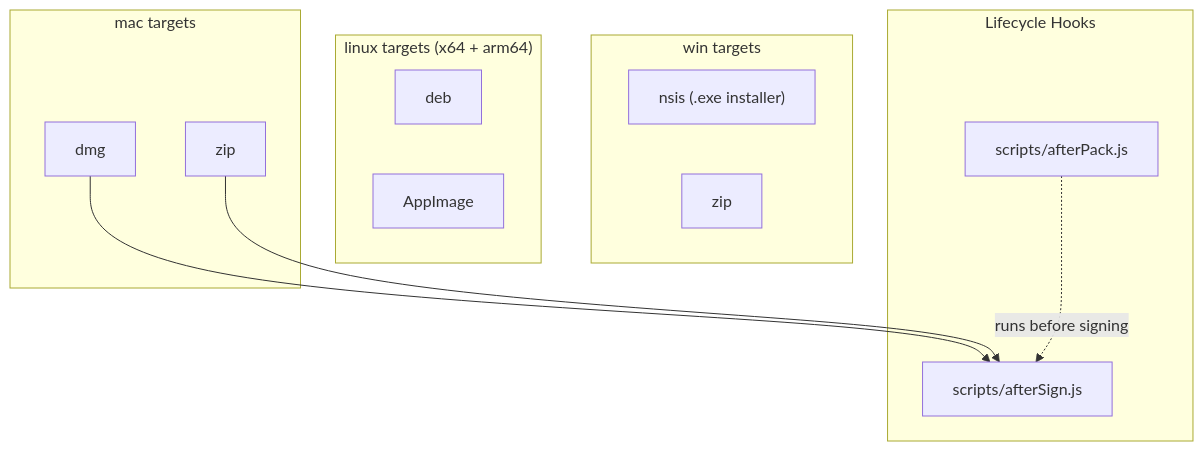
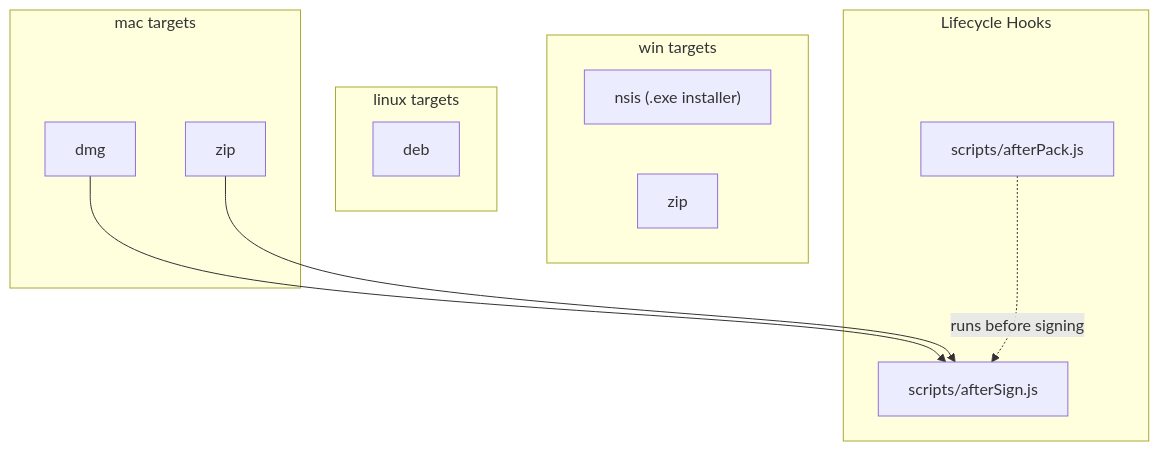
One commit to blackcater/zentree changed the third of 5 diagrams in docs/iOfficeAI_AionUi/build-and-deployment/two-phase-build-process.md. Above: the diagram before and after it, drawn with Mermaid. The commit also changed other lines of this file and 232 other files, not shown here.

````diff
--- a/docs/iOfficeAI_AionUi/build-and-deployment/two-phase-build-process.md
+++ b/docs/iOfficeAI_AionUi/build-and-deployment/two-phase-build-process.md
@@ -168,22 +182,21 @@
 ```mermaid
 graph TB
     subgraph "mac targets"
         MacDMG["dmg"]
         MacZIP["zip"]
     end
     subgraph "win targets"
         WinNSIS["nsis (.exe installer)"]
         WinZIP["zip"]
     end
-    subgraph "linux targets (x64 + arm64)"
+    subgraph "linux targets"
         LinuxDEB["deb"]
-        LinuxAppImage["AppImage"]
     end
     subgraph "Lifecycle Hooks"
         afterPack["scripts/afterPack.js"]
         afterSign["scripts/afterSign.js"]
     end
     MacDMG --> afterSign
     MacZIP --> afterSign
     afterPack -. "runs before signing" .-> afterSign
 ```
````
